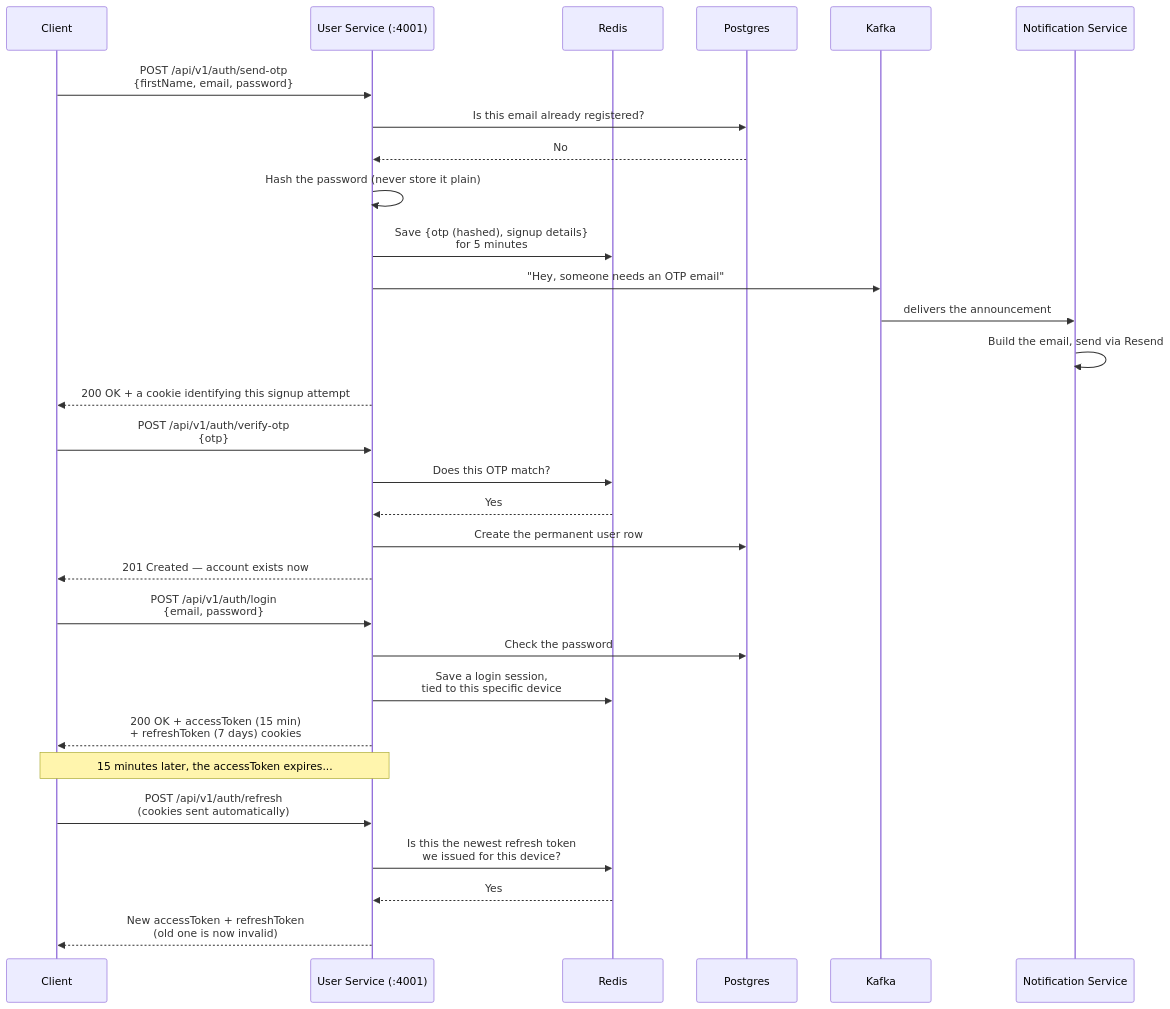
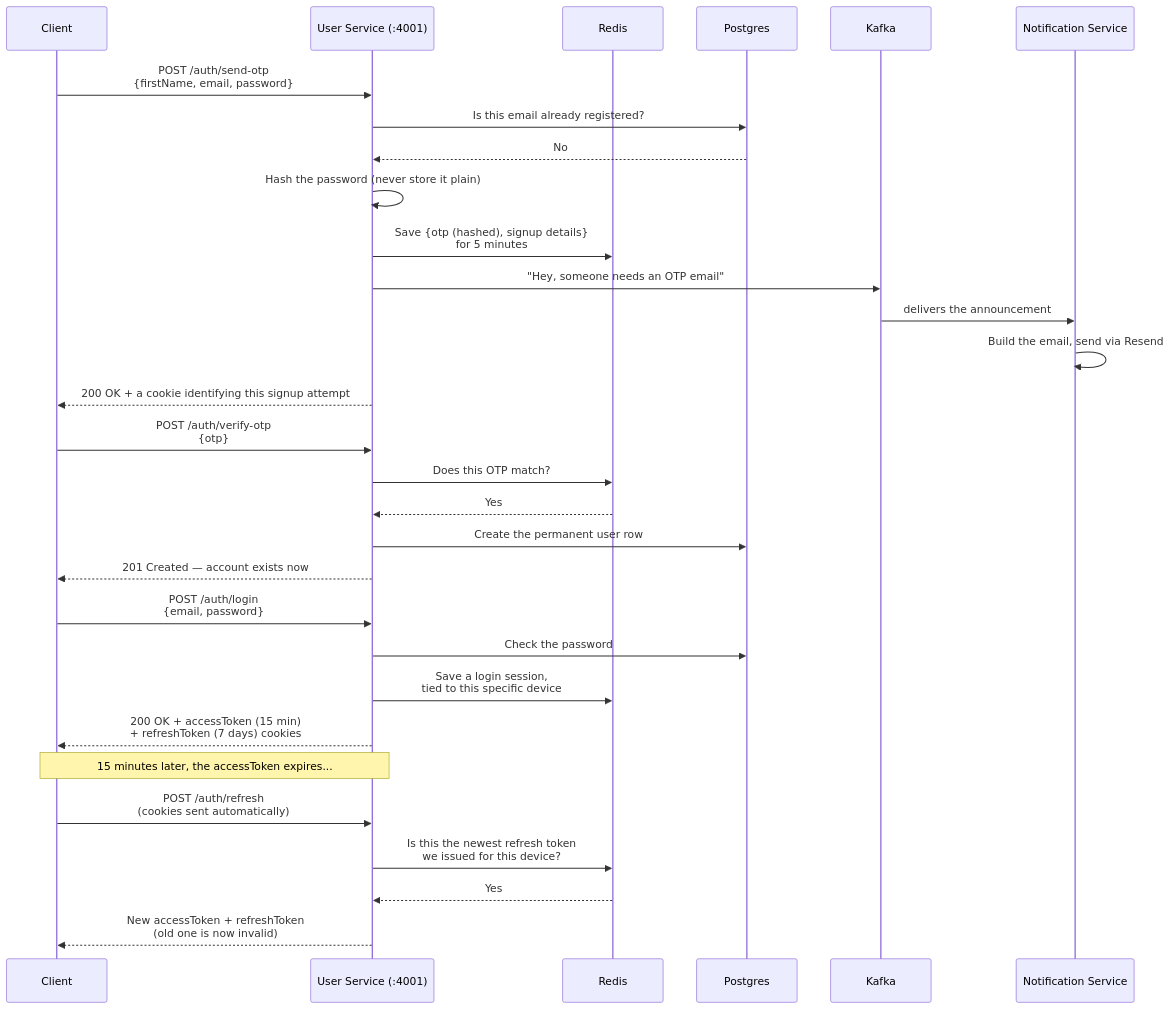
One commit to jstgrowup/System-Design changed the second of 7 diagrams in IRCTC/readme.md. Above: the diagram before and after it, drawn with Mermaid. The commit also changed other lines of this file and 5 other files, not shown here.

Commit message:
fix: resolve login routing issue in API Gateway and update related documentation

````diff
--- a/IRCTC/readme.md
+++ b/IRCTC/readme.md
@@ -133,36 +139,36 @@
 ```mermaid
 sequenceDiagram
     participant C as Client
     participant U as User Service (:4001)
     participant R as Redis
     participant P as Postgres
     participant K as Kafka
     participant N as Notification Service
 
-    C->>U: POST /api/v1/auth/send-otp<br/>{firstName, email, password}
+    C->>U: POST /auth/send-otp<br/>{firstName, email, password}
     U->>P: Is this email already registered?
     P-->>U: No
     U->>U: Hash the password (never store it plain)
     U->>R: Save {otp (hashed), signup details}<br/>for 5 minutes
     U->>K: "Hey, someone needs an OTP email"
     K->>N: delivers the announcement
     N->>N: Build the email, send via Resend
     U-->>C: 200 OK + a cookie identifying this signup attempt
 
-    C->>U: POST /api/v1/auth/verify-otp<br/>{otp}
+    C->>U: POST /auth/verify-otp<br/>{otp}
     U->>R: Does this OTP match?
     R-->>U: Yes
     U->>P: Create the permanent user row
     U-->>C: 201 Created — account exists now
 
-    C->>U: POST /api/v1/auth/login<br/>{email, password}
+    C->>U: POST /auth/login<br/>{email, password}
     U->>P: Check the password
     U->>R: Save a login session,<br/>tied to this specific device
     U-->>C: 200 OK + accessToken (15 min)<br/>+ refreshToken (7 days) cookies
 
     Note over C,U: 15 minutes later, the accessToken expires...
-    C->>U: POST /api/v1/auth/refresh<br/>(cookies sent automatically)
+    C->>U: POST /auth/refresh<br/>(cookies sent automatically)
     U->>R: Is this the newest refresh token<br/>we issued for this device?
     R-->>U: Yes
     U-->>C: New accessToken + refreshToken<br/>(old one is now invalid)
 ```
````
